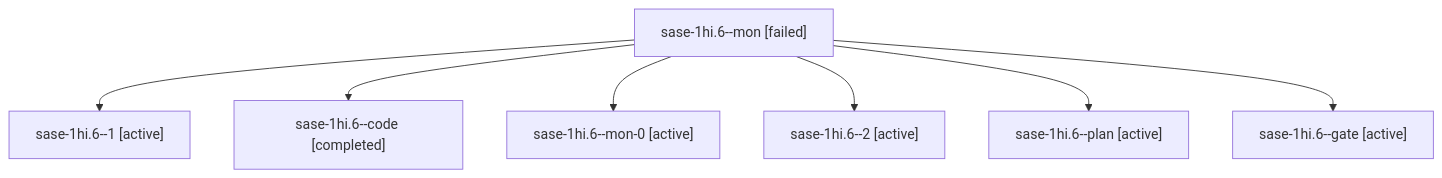
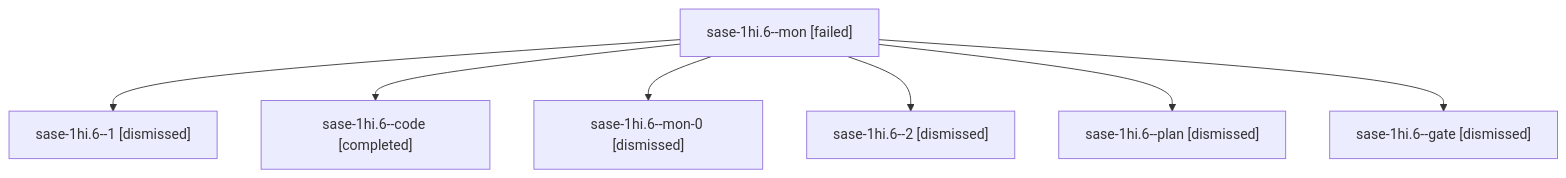
One commit to sase-org/sase--agents changed the diagram in sessions/bbugyi200.apollo.sase-1hi.6.md. Above: the diagram before and after it, drawn with Mermaid. The commit also changed other lines of this file and 231 other files, not shown here.

````diff
--- a/sessions/bbugyi200.apollo.sase-1hi.6.md
+++ b/sessions/bbugyi200.apollo.sase-1hi.6.md
@@ -9,16 +9,16 @@
 ```mermaid
 flowchart TD
   n0["sase-1hi.6--mon [failed]"]
-  n1["sase-1hi.6--1 [active]"]
+  n1["sase-1hi.6--1 [dismissed]"]
   n0 --> n1
   n2["sase-1hi.6--code [completed]"]
   n0 --> n2
-  n3["sase-1hi.6--mon-0 [active]"]
+  n3["sase-1hi.6--mon-0 [dismissed]"]
   n0 --> n3
-  n4["sase-1hi.6--2 [active]"]
+  n4["sase-1hi.6--2 [dismissed]"]
   n0 --> n4
-  n5["sase-1hi.6--plan [active]"]
+  n5["sase-1hi.6--plan [dismissed]"]
   n0 --> n5
-  n6["sase-1hi.6--gate [active]"]
+  n6["sase-1hi.6--gate [dismissed]"]
   n0 --> n6
 ```
````
